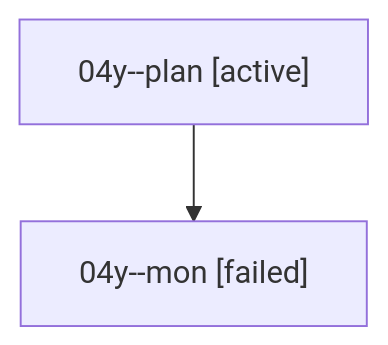
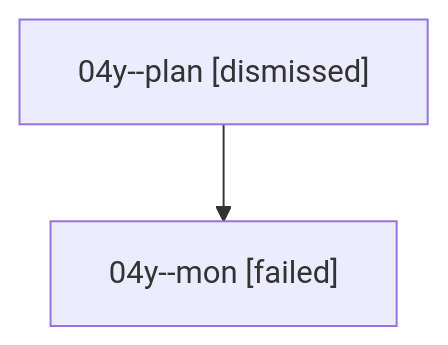
Before and after one commit to sase-org/sase--agents: the diagram in sessions/bbugyi200.athena.04y.md, drawn with Mermaid. The commit also changed other lines of this file and 18 other files, not shown here.

````diff
--- a/sessions/bbugyi200.athena.04y.md
+++ b/sessions/bbugyi200.athena.04y.md
@@ -9,6 +9,6 @@
 ```mermaid
 flowchart TD
-  n0["04y--plan [active]"]
+  n0["04y--plan [dismissed]"]
   n1["04y--mon [failed]"]
   n0 --> n1
 ```
````
